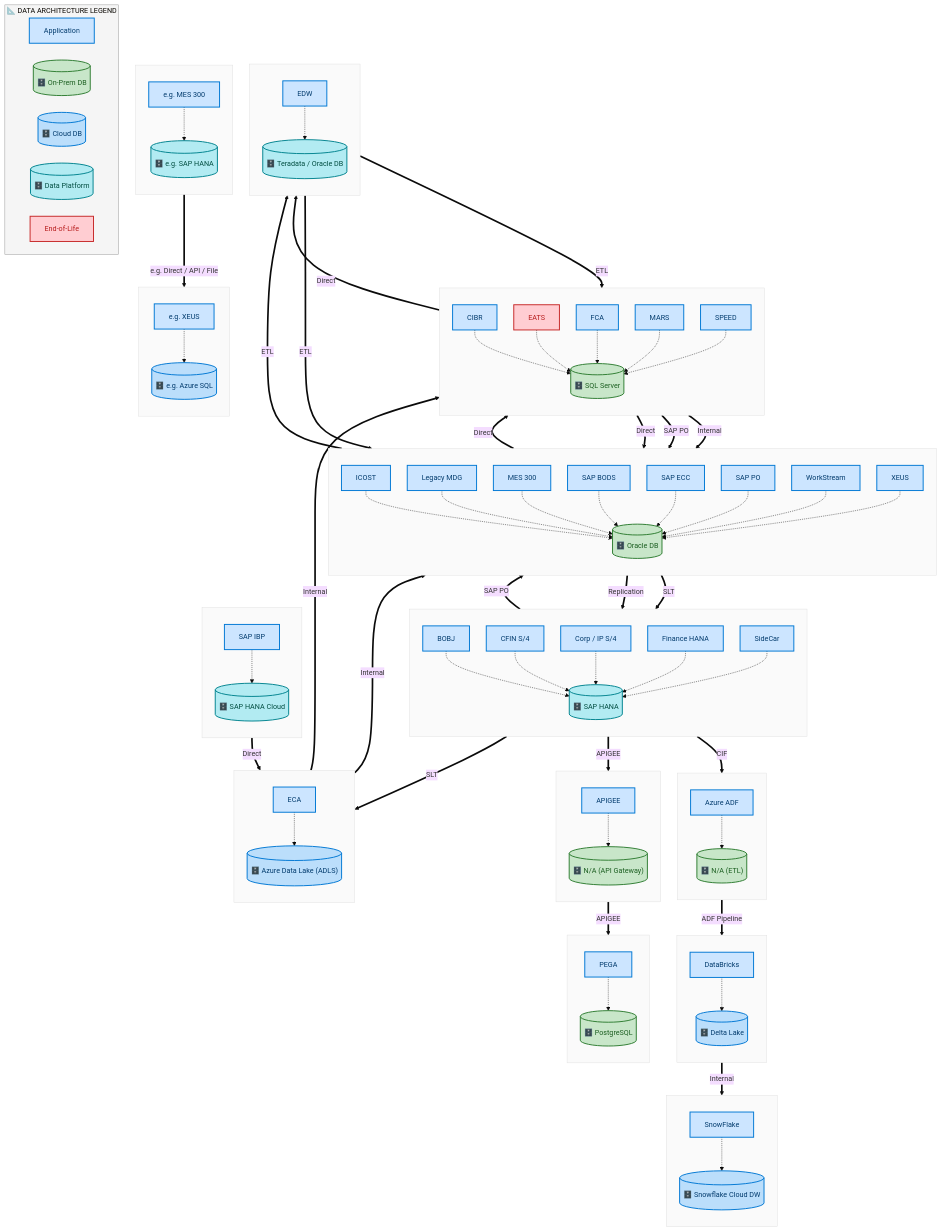
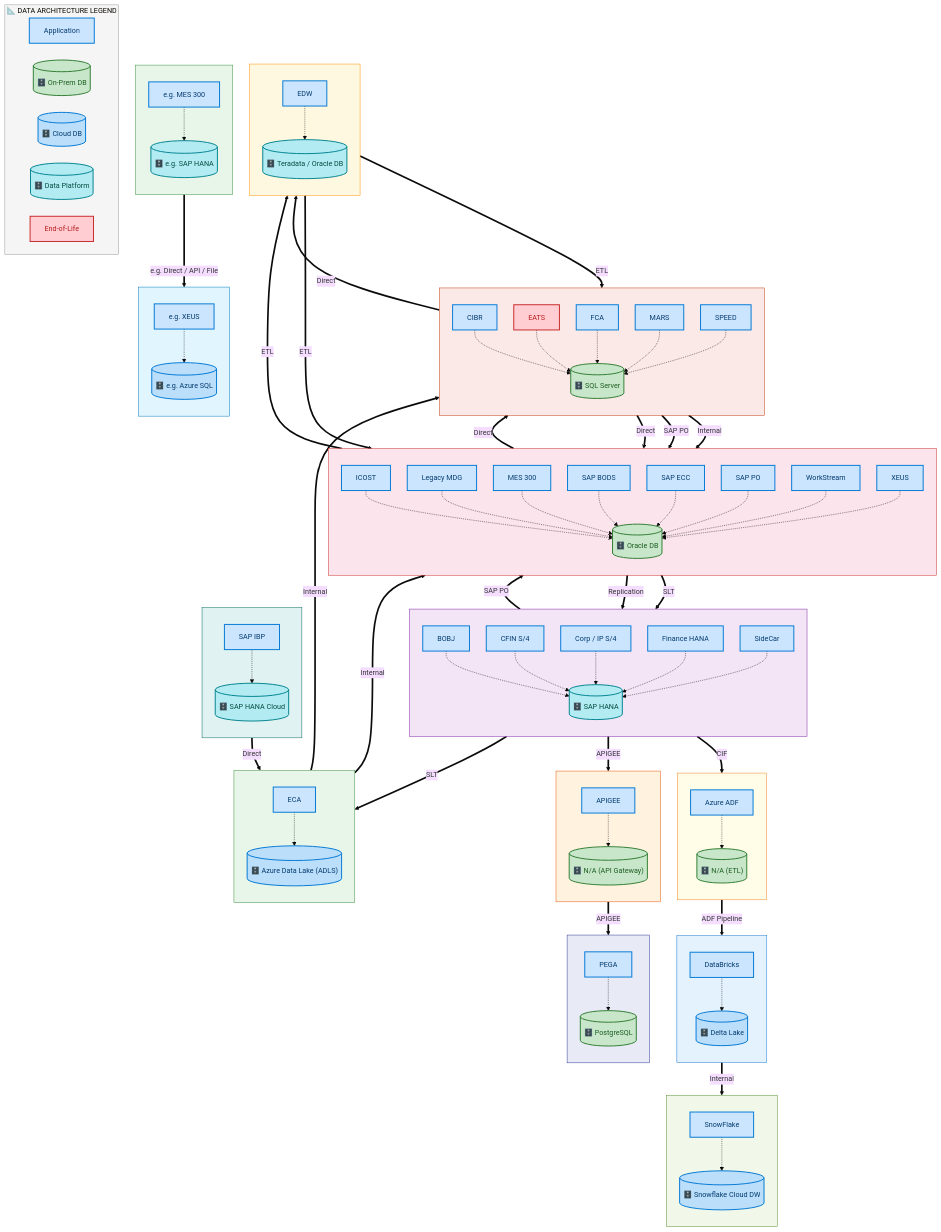
One commit to sajivfrancis777/IAO-Architecture changed the second of 6 diagrams in output/docs/summaries/Program-Summary.md. Above: the diagram before and after it, drawn with Mermaid. The commit also changed other lines of this file and 394 other files, not shown here.

First line of the commit message:
feat: structured layer ordering for Mermaid architecture diagrams

```diff
--- a/output/docs/summaries/Program-Summary.md
+++ b/output/docs/summaries/Program-Summary.md
@@ -431,7 +431,7 @@
         SCDD_Azure_Data_Lake_ADLS[("🗄️ Azure Data Lake (ADLS)")]:::dbCloud
         SCDA_ECA -.-> SCDD_Azure_Data_Lake_ADLS
     end
-    style SCDCL_Azure_Data_Lake_ADLS fill:#FAFAFA,stroke:#E0E0E0,stroke-width:1px
+    style SCDCL_Azure_Data_Lake_ADLS fill:#E8F5E9,stroke:#388E3C,stroke-width:1px
 
     subgraph SCDCL_Delta_Lake[" "]
         direction TB
@@ -439,7 +439,7 @@
         SCDD_Delta_Lake[("🗄️ Delta Lake")]:::dbCloud
         SCDA_DataBricks -.-> SCDD_Delta_Lake
     end
-    style SCDCL_Delta_Lake fill:#FAFAFA,stroke:#E0E0E0,stroke-width:1px
+    style SCDCL_Delta_Lake fill:#E3F2FD,stroke:#1976D2,stroke-width:1px
 
     subgraph SCDCL_N_A_API_Gateway[" "]
         direction TB
@@ -447,7 +447,7 @@
         SCDD_N_A_API_Gateway[("🗄️ N/A (API Gateway)")]:::dbCyl
         SCDA_APIGEE -.-> SCDD_N_A_API_Gateway
     end
-    style SCDCL_N_A_API_Gateway fill:#FAFAFA,stroke:#E0E0E0,stroke-width:1px
+    style SCDCL_N_A_API_Gateway fill:#FFF3E0,stroke:#E65100,stroke-width:1px
 
     subgraph SCDCL_N_A_ETL[" "]
         direction TB
@@ -455,7 +455,7 @@
         SCDD_N_A_ETL[("🗄️ N/A (ETL)")]:::dbCyl
         SCDA_Azure_ADF -.-> SCDD_N_A_ETL
     end
-    style SCDCL_N_A_ETL fill:#FAFAFA,stroke:#E0E0E0,stroke-width:1px
+    style SCDCL_N_A_ETL fill:#FFFDE7,stroke:#F57F17,stroke-width:1px
 
     subgraph SCDCL_Oracle_DB[" "]
         direction TB
@@ -477,7 +477,7 @@
         SCDA_WorkStream -.-> SCDD_Oracle_DB
         SCDA_XEUS -.-> SCDD_Oracle_DB
     end
-    style SCDCL_Oracle_DB fill:#FAFAFA,stroke:#E0E0E0,stroke-width:1px
+    style SCDCL_Oracle_DB fill:#FCE4EC,stroke:#C62828,stroke-width:1px
 
     subgraph SCDCL_PostgreSQL[" "]
         direction TB
@@ -485,7 +485,7 @@
         SCDD_PostgreSQL[("🗄️ PostgreSQL")]:::dbCyl
         SCDA_PEGA -.-> SCDD_PostgreSQL
     end
-    style SCDCL_PostgreSQL fill:#FAFAFA,stroke:#E0E0E0,stroke-width:1px
+    style SCDCL_PostgreSQL fill:#E8EAF6,stroke:#283593,stroke-width:1px
 
     subgraph SCDCL_SAP_HANA[" "]
         direction TB
@@ -501,7 +501,7 @@
         SCDA_Finance_HANA -.-> SCDD_SAP_HANA
         SCDA_SideCar -.-> SCDD_SAP_HANA
     end
-    style SCDCL_SAP_HANA fill:#FAFAFA,stroke:#E0E0E0,stroke-width:1px
+    style SCDCL_SAP_HANA fill:#F3E5F5,stroke:#7B1FA2,stroke-width:1px
 
     subgraph SCDCL_SAP_HANA_Cloud[" "]
         direction TB
@@ -509,7 +509,7 @@
         SCDD_SAP_HANA_Cloud[("🗄️ SAP HANA Cloud")]:::dbData
         SCDA_SAP_IBP -.-> SCDD_SAP_HANA_Cloud
     end
-    style SCDCL_SAP_HANA_Cloud fill:#FAFAFA,stroke:#E0E0E0,stroke-width:1px
+    style SCDCL_SAP_HANA_Cloud fill:#E0F2F1,stroke:#00695C,stroke-width:1px
 
     subgraph SCDCL_SQL_Server[" "]
         direction TB
@@ -525,7 +525,7 @@
         SCDA_MARS -.-> SCDD_SQL_Server
         SCDA_SPEED -.-> SCDD_SQL_Server
     end
-    style SCDCL_SQL_Server fill:#FAFAFA,stroke:#E0E0E0,stroke-width:1px
+    style SCDCL_SQL_Server fill:#FBE9E7,stroke:#BF360C,stroke-width:1px
 
     subgraph SCDCL_Snowflake_Cloud_DW[" "]
         direction TB
@@ -533,7 +533,7 @@
         SCDD_Snowflake_Cloud_DW[("🗄️ Snowflake Cloud DW")]:::dbCloud
         SCDA_SnowFlake -.-> SCDD_Snowflake_Cloud_DW
     end
-    style SCDCL_Snowflake_Cloud_DW fill:#FAFAFA,stroke:#E0E0E0,stroke-width:1px
+    style SCDCL_Snowflake_Cloud_DW fill:#F1F8E9,stroke:#558B2F,stroke-width:1px
 
     subgraph SCDCL_Teradata_Oracle_DB[" "]
         direction TB
@@ -541,7 +541,7 @@
         SCDD_Teradata_Oracle_DB[("🗄️ Teradata / Oracle DB")]:::dbData
         SCDA_EDW -.-> SCDD_Teradata_Oracle_DB
     end
-    style SCDCL_Teradata_Oracle_DB fill:#FAFAFA,stroke:#E0E0E0,stroke-width:1px
+    style SCDCL_Teradata_Oracle_DB fill:#FFF8E1,stroke:#FF8F00,stroke-width:1px
 
     subgraph SCDCL_e_g_Azure_SQL[" "]
         direction TB
@@ -549,7 +549,7 @@
         SCDD_e_g_Azure_SQL[("🗄️ e.g. Azure SQL")]:::dbCloud
         SCDA_e_g_XEUS -.-> SCDD_e_g_Azure_SQL
     end
-    style SCDCL_e_g_Azure_SQL fill:#FAFAFA,stroke:#E0E0E0,stroke-width:1px
+    style SCDCL_e_g_Azure_SQL fill:#E1F5FE,stroke:#0277BD,stroke-width:1px
 
     subgraph SCDCL_e_g_SAP_HANA[" "]
         direction TB
@@ -557,7 +557,7 @@
         SCDD_e_g_SAP_HANA[("🗄️ e.g. SAP HANA")]:::dbData
         SCDA_e_g_MES_300 -.-> SCDD_e_g_SAP_HANA
     end
-    style SCDCL_e_g_SAP_HANA fill:#FAFAFA,stroke:#E0E0E0,stroke-width:1px
+    style SCDCL_e_g_SAP_HANA fill:#E8F5E9,stroke:#388E3C,stroke-width:1px
 
     SCDD_e_g_SAP_HANA ==>|"e.g. Direct / API / File"| SCDD_e_g_Azure_SQL
     SCDD_Oracle_DB ==>|"Direct"| SCDD_SQL_Server
```
